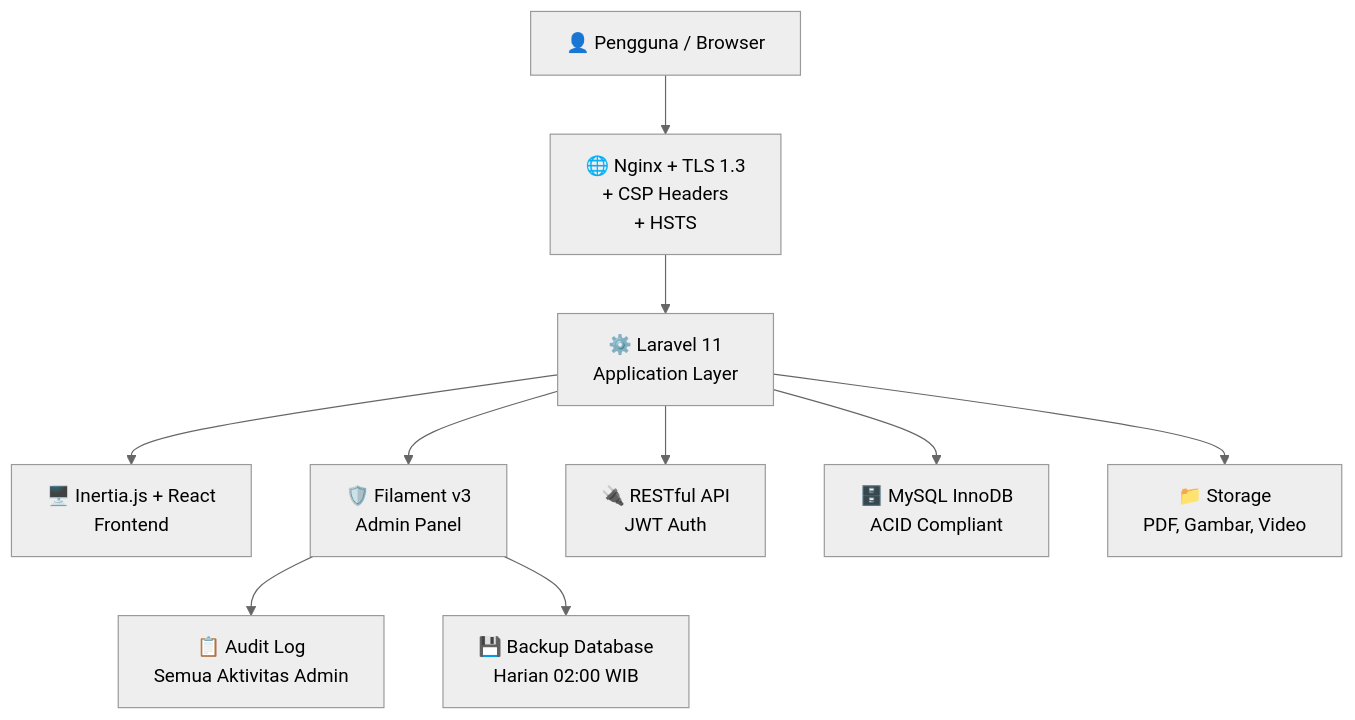
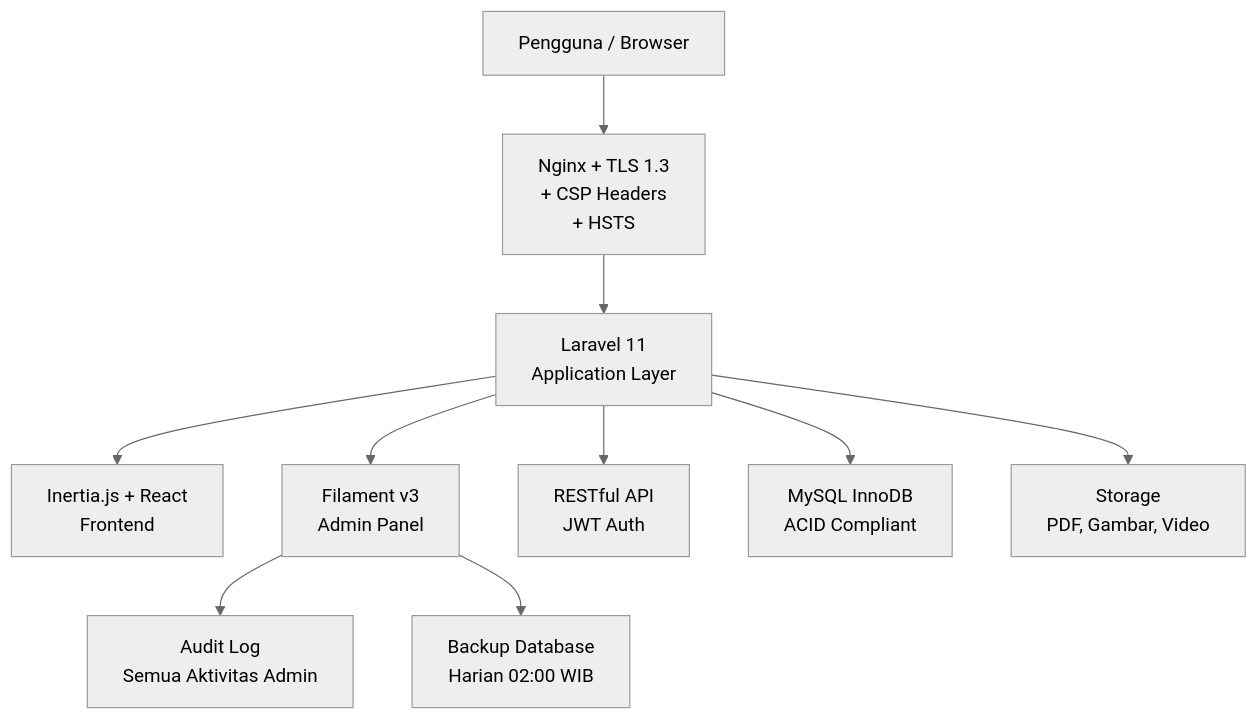
One commit to diskonnekted/jdih changed the second of 4 diagrams in docs/laporan_migrasi_jdih.md. Above: the diagram before and after it, drawn with Mermaid (neutral theme). The commit also changed other lines of this file and 2 other files, not shown here.

First line of the commit message:
docs: hapus semua emoji dari laporan MD (clean text only)

````diff
--- a/docs/laporan_migrasi_jdih.md
+++ b/docs/laporan_migrasi_jdih.md
@@ -39,12 +39,12 @@
 ```mermaid
 graph TD
-    User["👤 Pengguna / Browser"] --> Nginx["🌐 Nginx + TLS 1.3\n+ CSP Headers\n+ HSTS"]
-    Nginx --> Laravel["⚙️ Laravel 11\nApplication Layer"]
-    Laravel --> Frontend["🖥️ Inertia.js + React\nFrontend"]
-    Laravel --> Admin["🛡️ Filament v3\nAdmin Panel"]
-    Laravel --> API["🔌 RESTful API\nJWT Auth"]
-    Laravel --> DB["🗄️ MySQL InnoDB\nACID Compliant"]
-    Laravel --> Storage["📁 Storage\nPDF, Gambar, Video"]
-    Admin --> LogAktivitas["📋 Audit Log\nSemua Aktivitas Admin"]
-    Admin --> Backup["💾 Backup Database\nHarian 02:00 WIB"]
+    User["Pengguna / Browser"] --> Nginx["Nginx + TLS 1.3\n+ CSP Headers\n+ HSTS"]
+    Nginx --> Laravel["Laravel 11\nApplication Layer"]
+    Laravel --> Frontend["Inertia.js + React\nFrontend"]
+    Laravel --> Admin["Filament v3\nAdmin Panel"]
+    Laravel --> API["RESTful API\nJWT Auth"]
+    Laravel --> DB["MySQL InnoDB\nACID Compliant"]
+    Laravel --> Storage["Storage\nPDF, Gambar, Video"]
+    Admin --> LogAktivitas["Audit Log\nSemua Aktivitas Admin"]
+    Admin --> Backup["Backup Database\nHarian 02:00 WIB"]
 ```
````
